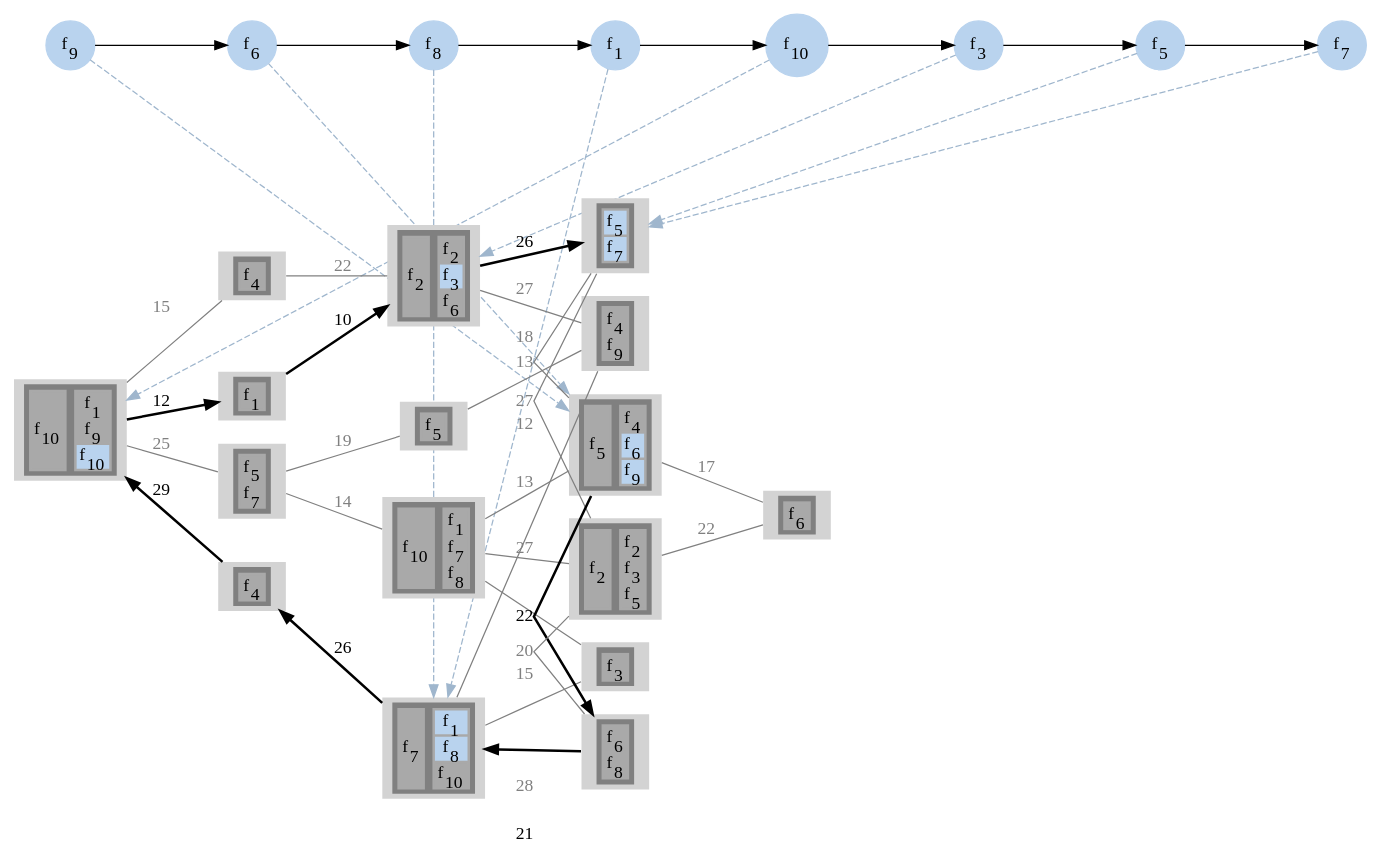
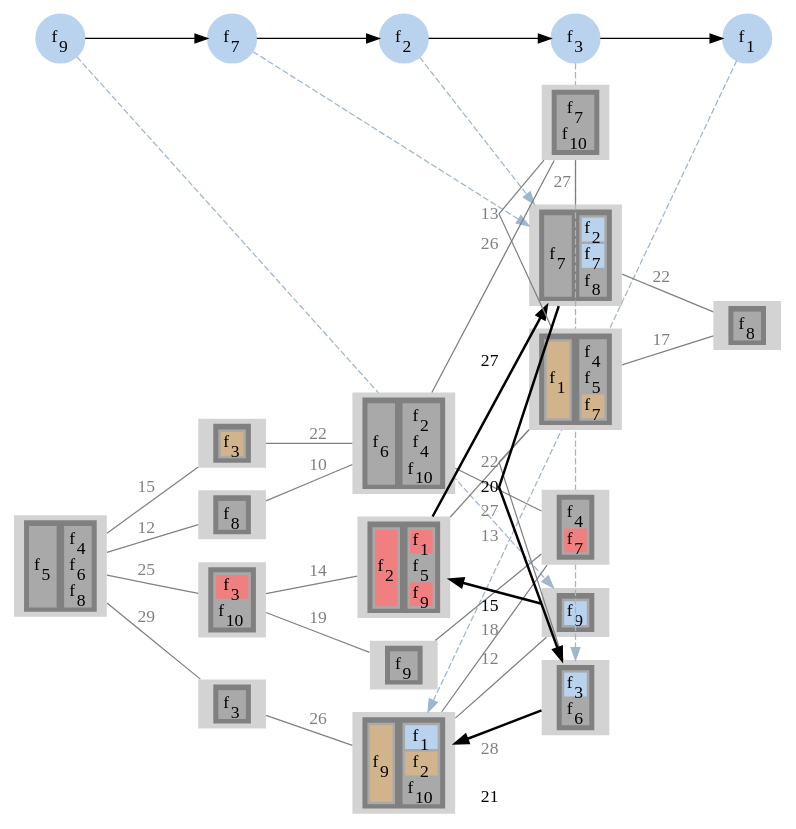
The diagram in output/sevenReliabilityOne/gv/sfcAssgn4.gv (prateekshyap/SFC_Placement_in_VNF), drawn with Graphviz before and after one commit. The commit also changed 80 other files, not shown here.

```diff
--- a/output/sevenReliabilityOne/gv/sfcAssgn4.gv
+++ b/output/sevenReliabilityOne/gv/sfcAssgn4.gv
@@ -6,28 +6,19 @@
 {
 node [shape=circle]
 {rank = same; f9; };
-{rank = same; f6; };
-{rank = same; f8; };
+{rank = same; f7; };
+{rank = same; f2; };
+{rank = same; f3; };
 {rank = same; f1; };
-{rank = same; f10; };
-{rank = same; f3; };
-{rank = same; f5; };
-{rank = same; f7; };
 f9[style=filled label=<f<SUB>9</SUB>> color="slategray2"]
-f6[style=filled label=<f<SUB>6</SUB>> color="slategray2"]
-f8[style=filled label=<f<SUB>8</SUB>> color="slategray2"]
+f7[style=filled label=<f<SUB>7</SUB>> color="slategray2"]
+f2[style=filled label=<f<SUB>2</SUB>> color="slategray2"]
+f3[style=filled label=<f<SUB>3</SUB>> color="slategray2"]
 f1[style=filled label=<f<SUB>1</SUB>> color="slategray2"]
-f10[style=filled label=<f<SUB>10</SUB>> color="slategray2"]
-f3[style=filled label=<f<SUB>3</SUB>> color="slategray2"]
-f5[style=filled label=<f<SUB>5</SUB>> color="slategray2"]
-f7[style=filled label=<f<SUB>7</SUB>> color="slategray2"]
-f9 -> f6
-f6 -> f8
-f8 -> f1
-f1 -> f10
-f10 -> f3
-f3 -> f5
-f5 -> f7
+f9 -> f7
+f7 -> f2
+f2 -> f3
+f3 -> f1
 }
 subgraph network
 {
@@ -37,39 +28,96 @@
 {rank = same; 4; 6; 7; 9; };
 {rank = same; 5; 11; 10; 14; 12; 13; };
 {rank = same; 16; };
-12[style=filled
+10[style=filled
 label=<
 <TABLE BORDER="0" BGCOLOR="gray">
 <TR>
 <TD>
 <TABLE BORDER="0" BGCOLOR="darkgray">
-<TR><TD PORT="f16" BGCOLOR="darkgray">f<SUB>5</SUB></TD></TR>
-</TABLE>
-</TD>
-<TD>
-<TABLE BORDER="0" BGCOLOR="darkgray">
-<TR><TD PORT="f15" BGCOLOR="darkgray">f<SUB>4</SUB></TD></TR>
-<TR><TD PORT="f23" BGCOLOR="slategray2">f<SUB>6</SUB></TD></TR>
-<TR><TD PORT="f32" BGCOLOR="slategray2">f<SUB>9</SUB></TD></TR>
+<TR><TD PORT="f34" BGCOLOR="slategray2">f<SUB>9</SUB></TD></TR>
 </TABLE>
 </TD>
 </TR>
 </TABLE>>]
 
-12[style=filled
+13[style=filled
 label=<
 <TABLE BORDER="0" BGCOLOR="gray">
 <TR>
 <TD>
 <TABLE BORDER="0" BGCOLOR="darkgray">
-<TR><TD PORT="f16" BGCOLOR="darkgray">f<SUB>5</SUB></TD></TR>
+<TR><TD PORT="f22" BGCOLOR="darkgray">f<SUB>7</SUB></TD></TR>
 </TABLE>
 </TD>
 <TD>
 <TABLE BORDER="0" BGCOLOR="darkgray">
-<TR><TD PORT="f15" BGCOLOR="darkgray">f<SUB>4</SUB></TD></TR>
-<TR><TD PORT="f23" BGCOLOR="slategray2">f<SUB>6</SUB></TD></TR>
-<TR><TD PORT="f32" BGCOLOR="slategray2">f<SUB>9</SUB></TD></TR>
+<TR><TD PORT="f7" BGCOLOR="slategray2">f<SUB>2</SUB></TD></TR>
+<TR><TD PORT="f26" BGCOLOR="slategray2">f<SUB>7</SUB></TD></TR>
+<TR><TD PORT="f29" BGCOLOR="darkgray">f<SUB>8</SUB></TD></TR>
+</TABLE>
+</TD>
+</TR>
+</TABLE>>]
+
+13[style=filled
+label=<
+<TABLE BORDER="0" BGCOLOR="gray">
+<TR>
+<TD>
+<TABLE BORDER="0" BGCOLOR="darkgray">
+<TR><TD PORT="f22" BGCOLOR="darkgray">f<SUB>7</SUB></TD></TR>
+</TABLE>
+</TD>
+<TD>
+<TABLE BORDER="0" BGCOLOR="darkgray">
+<TR><TD PORT="f7" BGCOLOR="slategray2">f<SUB>2</SUB></TD></TR>
+<TR><TD PORT="f26" BGCOLOR="slategray2">f<SUB>7</SUB></TD></TR>
+<TR><TD PORT="f29" BGCOLOR="darkgray">f<SUB>8</SUB></TD></TR>
+</TABLE>
+</TD>
+</TR>
+</TABLE>>]
+
+13[style=filled
+label=<
+<TABLE BORDER="0" BGCOLOR="gray">
+<TR>
+<TD>
+<TABLE BORDER="0" BGCOLOR="darkgray">
+<TR><TD PORT="f22" BGCOLOR="darkgray">f<SUB>7</SUB></TD></TR>
+</TABLE>
+</TD>
+<TD>
+<TABLE BORDER="0" BGCOLOR="darkgray">
+<TR><TD PORT="f7" BGCOLOR="slategray2">f<SUB>2</SUB></TD></TR>
+<TR><TD PORT="f26" BGCOLOR="slategray2">f<SUB>7</SUB></TD></TR>
+<TR><TD PORT="f29" BGCOLOR="darkgray">f<SUB>8</SUB></TD></TR>
+</TABLE>
+</TD>
+</TR>
+</TABLE>>]
+
+14[style=filled
+label=<
+<TABLE BORDER="0" BGCOLOR="gray">
+<TR>
+<TD>
+<TABLE BORDER="0" BGCOLOR="darkgray">
+<TR><TD PORT="f9" BGCOLOR="slategray2">f<SUB>3</SUB></TD></TR>
+<TR><TD PORT="f20" BGCOLOR="darkgray">f<SUB>6</SUB></TD></TR>
+</TABLE>
+</TD>
+</TR>
+</TABLE>>]
+
+14[style=filled
+label=<
+<TABLE BORDER="0" BGCOLOR="gray">
+<TR>
+<TD>
+<TABLE BORDER="0" BGCOLOR="darkgray">
+<TR><TD PORT="f9" BGCOLOR="slategray2">f<SUB>3</SUB></TD></TR>
+<TR><TD PORT="f20" BGCOLOR="darkgray">f<SUB>6</SUB></TD></TR>
 </TABLE>
 </TD>
 </TR>
@@ -81,51 +129,13 @@
 <TR>
 <TD>
 <TABLE BORDER="0" BGCOLOR="darkgray">
-<TR><TD PORT="f26" BGCOLOR="darkgray">f<SUB>7</SUB></TD></TR>
+<TR><TD PORT="f32" BGCOLOR="tan">f<SUB>9</SUB></TD></TR>
 </TABLE>
 </TD>
 <TD>
 <TABLE BORDER="0" BGCOLOR="darkgray">
-<TR><TD PORT="f4" BGCOLOR="slategray2">f<SUB>1</SUB></TD></TR>
-<TR><TD PORT="f30" BGCOLOR="slategray2">f<SUB>8</SUB></TD></TR>
-<TR><TD PORT="f36" BGCOLOR="darkgray">f<SUB>10</SUB></TD></TR>
-</TABLE>
-</TD>
-</TR>
-</TABLE>>]
-
-6[style=filled
-label=<
-<TABLE BORDER="0" BGCOLOR="gray">
-<TR>
-<TD>
-<TABLE BORDER="0" BGCOLOR="darkgray">
-<TR><TD PORT="f26" BGCOLOR="darkgray">f<SUB>7</SUB></TD></TR>
-</TABLE>
-</TD>
-<TD>
-<TABLE BORDER="0" BGCOLOR="darkgray">
-<TR><TD PORT="f4" BGCOLOR="slategray2">f<SUB>1</SUB></TD></TR>
-<TR><TD PORT="f30" BGCOLOR="slategray2">f<SUB>8</SUB></TD></TR>
-<TR><TD PORT="f36" BGCOLOR="darkgray">f<SUB>10</SUB></TD></TR>
-</TABLE>
-</TD>
-</TR>
-</TABLE>>]
-
-6[style=filled
-label=<
-<TABLE BORDER="0" BGCOLOR="gray">
-<TR>
-<TD>
-<TABLE BORDER="0" BGCOLOR="darkgray">
-<TR><TD PORT="f26" BGCOLOR="darkgray">f<SUB>7</SUB></TD></TR>
-</TABLE>
-</TD>
-<TD>
-<TABLE BORDER="0" BGCOLOR="darkgray">
-<TR><TD PORT="f4" BGCOLOR="slategray2">f<SUB>1</SUB></TD></TR>
-<TR><TD PORT="f30" BGCOLOR="slategray2">f<SUB>8</SUB></TD></TR>
+<TR><TD PORT="f2" BGCOLOR="slategray2">f<SUB>1</SUB></TD></TR>
+<TR><TD PORT="f6" BGCOLOR="tan">f<SUB>2</SUB></TD></TR>
 <TR><TD PORT="f36" BGCOLOR="darkgray">f<SUB>10</SUB></TD></TR>
 </TABLE>
 </TD>
@@ -138,33 +148,63 @@
 <TR>
 <TD>
 <TABLE BORDER="0" BGCOLOR="darkgray">
-<TR><TD PORT="f37" BGCOLOR="darkgray">f<SUB>10</SUB></TD></TR>
+<TR><TD PORT="f17" BGCOLOR="darkgray">f<SUB>5</SUB></TD></TR>
 </TABLE>
 </TD>
 <TD>
 <TABLE BORDER="0" BGCOLOR="darkgray">
-<TR><TD PORT="f3" BGCOLOR="darkgray">f<SUB>1</SUB></TD></TR>
-<TR><TD PORT="f33" BGCOLOR="darkgray">f<SUB>9</SUB></TD></TR>
-<TR><TD PORT="f38" BGCOLOR="slategray2">f<SUB>10</SUB></TD></TR>
+<TR><TD PORT="f15" BGCOLOR="darkgray">f<SUB>4</SUB></TD></TR>
+<TR><TD PORT="f21" BGCOLOR="darkgray">f<SUB>6</SUB></TD></TR>
+<TR><TD PORT="f27" BGCOLOR="darkgray">f<SUB>8</SUB></TD></TR>
 </TABLE>
 </TD>
 </TR>
 </TABLE>>]
 
-1[style=filled
+2[style=filled
 label=<
 <TABLE BORDER="0" BGCOLOR="gray">
 <TR>
 <TD>
 <TABLE BORDER="0" BGCOLOR="darkgray">
-<TR><TD PORT="f37" BGCOLOR="darkgray">f<SUB>10</SUB></TD></TR>
+<TR><TD PORT="f28" BGCOLOR="darkgray">f<SUB>8</SUB></TD></TR>
 </TABLE>
 </TD>
+</TR>
+</TABLE>>]
+
+3[style=filled
+label=<
+<TABLE BORDER="0" BGCOLOR="gray">
+<TR>
 <TD>
 <TABLE BORDER="0" BGCOLOR="darkgray">
-<TR><TD PORT="f3" BGCOLOR="darkgray">f<SUB>1</SUB></TD></TR>
-<TR><TD PORT="f33" BGCOLOR="darkgray">f<SUB>9</SUB></TD></TR>
-<TR><TD PORT="f38" BGCOLOR="slategray2">f<SUB>10</SUB></TD></TR>
+<TR><TD PORT="f10" BGCOLOR="darkgray">f<SUB>3</SUB></TD></TR>
+</TABLE>
+</TD>
+</TR>
+</TABLE>>]
+
+8[style=filled
+label=<
+<TABLE BORDER="0" BGCOLOR="gray">
+<TR>
+<TD>
+<TABLE BORDER="0" BGCOLOR="darkgray">
+<TR><TD PORT="f8" BGCOLOR="lightcoral">f<SUB>3</SUB></TD></TR>
+<TR><TD PORT="f38" BGCOLOR="darkgray">f<SUB>10</SUB></TD></TR>
+</TABLE>
+</TD>
+</TR>
+</TABLE>>]
+
+15[style=filled
+label=<
+<TABLE BORDER="0" BGCOLOR="gray">
+<TR>
+<TD>
+<TABLE BORDER="0" BGCOLOR="darkgray">
+<TR><TD PORT="f11" BGCOLOR="tan">f<SUB>3</SUB></TD></TR>
 </TABLE>
 </TD>
 </TR>
@@ -176,108 +216,14 @@
 <TR>
 <TD>
 <TABLE BORDER="0" BGCOLOR="darkgray">
-<TR><TD PORT="f6" BGCOLOR="darkgray">f<SUB>2</SUB></TD></TR>
+<TR><TD PORT="f19" BGCOLOR="darkgray">f<SUB>6</SUB></TD></TR>
 </TABLE>
 </TD>
 <TD>
 <TABLE BORDER="0" BGCOLOR="darkgray">
-<TR><TD PORT="f7" BGCOLOR="darkgray">f<SUB>2</SUB></TD></TR>
-<TR><TD PORT="f10" BGCOLOR="slategray2">f<SUB>3</SUB></TD></TR>
-<TR><TD PORT="f22" BGCOLOR="darkgray">f<SUB>6</SUB></TD></TR>
-</TABLE>
-</TD>
-</TR>
-</TABLE>>]
-
-4[style=filled
-label=<
-<TABLE BORDER="0" BGCOLOR="gray">
-<TR>
-<TD>
-<TABLE BORDER="0" BGCOLOR="darkgray">
-<TR><TD PORT="f6" BGCOLOR="darkgray">f<SUB>2</SUB></TD></TR>
-</TABLE>
-</TD>
-<TD>
-<TABLE BORDER="0" BGCOLOR="darkgray">
-<TR><TD PORT="f7" BGCOLOR="darkgray">f<SUB>2</SUB></TD></TR>
-<TR><TD PORT="f10" BGCOLOR="slategray2">f<SUB>3</SUB></TD></TR>
-<TR><TD PORT="f22" BGCOLOR="darkgray">f<SUB>6</SUB></TD></TR>
-</TABLE>
-</TD>
-</TR>
-</TABLE>>]
-
-11[style=filled
-label=<
-<TABLE BORDER="0" BGCOLOR="gray">
-<TR>
-<TD>
-<TABLE BORDER="0" BGCOLOR="darkgray">
-<TR><TD PORT="f17" BGCOLOR="slategray2">f<SUB>5</SUB></TD></TR>
-<TR><TD PORT="f27" BGCOLOR="slategray2">f<SUB>7</SUB></TD></TR>
-</TABLE>
-</TD>
-</TR>
-</TABLE>>]
-
-11[style=filled
-label=<
-<TABLE BORDER="0" BGCOLOR="gray">
-<TR>
-<TD>
-<TABLE BORDER="0" BGCOLOR="darkgray">
-<TR><TD PORT="f17" BGCOLOR="slategray2">f<SUB>5</SUB></TD></TR>
-<TR><TD PORT="f27" BGCOLOR="slategray2">f<SUB>7</SUB></TD></TR>
-</TABLE>
-</TD>
-</TR>
-</TABLE>>]
-
-2[style=filled
-label=<
-<TABLE BORDER="0" BGCOLOR="gray">
-<TR>
-<TD>
-<TABLE BORDER="0" BGCOLOR="darkgray">
-<TR><TD PORT="f2" BGCOLOR="darkgray">f<SUB>1</SUB></TD></TR>
-</TABLE>
-</TD>
-</TR>
-</TABLE>>]
-
-3[style=filled
-label=<
-<TABLE BORDER="0" BGCOLOR="gray">
-<TR>
-<TD>
-<TABLE BORDER="0" BGCOLOR="darkgray">
-<TR><TD PORT="f12" BGCOLOR="darkgray">f<SUB>4</SUB></TD></TR>
-</TABLE>
-</TD>
-</TR>
-</TABLE>>]
-
-8[style=filled
-label=<
-<TABLE BORDER="0" BGCOLOR="gray">
-<TR>
-<TD>
-<TABLE BORDER="0" BGCOLOR="darkgray">
-<TR><TD PORT="f18" BGCOLOR="darkgray">f<SUB>5</SUB></TD></TR>
-<TR><TD PORT="f28" BGCOLOR="darkgray">f<SUB>7</SUB></TD></TR>
-</TABLE>
-</TD>
-</TR>
-</TABLE>>]
-
-15[style=filled
-label=<
-<TABLE BORDER="0" BGCOLOR="gray">
-<TR>
-<TD>
-<TABLE BORDER="0" BGCOLOR="darkgray">
+<TR><TD PORT="f4" BGCOLOR="darkgray">f<SUB>2</SUB></TD></TR>
 <TR><TD PORT="f13" BGCOLOR="darkgray">f<SUB>4</SUB></TD></TR>
+<TR><TD PORT="f37" BGCOLOR="darkgray">f<SUB>10</SUB></TD></TR>
 </TABLE>
 </TD>
 </TR>
@@ -290,7 +236,20 @@
 <TD>
 <TABLE BORDER="0" BGCOLOR="darkgray">
 <TR><TD PORT="f14" BGCOLOR="darkgray">f<SUB>4</SUB></TD></TR>
-<TR><TD PORT="f34" BGCOLOR="darkgray">f<SUB>9</SUB></TD></TR>
+<TR><TD PORT="f24" BGCOLOR="lightcoral">f<SUB>7</SUB></TD></TR>
+</TABLE>
+</TD>
+</TR>
+</TABLE>>]
+
+11[style=filled
+label=<
+<TABLE BORDER="0" BGCOLOR="gray">
+<TR>
+<TD>
+<TABLE BORDER="0" BGCOLOR="darkgray">
+<TR><TD PORT="f25" BGCOLOR="darkgray">f<SUB>7</SUB></TD></TR>
+<TR><TD PORT="f35" BGCOLOR="darkgray">f<SUB>10</SUB></TD></TR>
 </TABLE>
 </TD>
 </TR>
@@ -302,32 +261,7 @@
 <TR>
 <TD>
 <TABLE BORDER="0" BGCOLOR="darkgray">
-<TR><TD PORT="f19" BGCOLOR="darkgray">f<SUB>5</SUB></TD></TR>
-</TABLE>
-</TD>
-</TR>
-</TABLE>>]
-
-10[style=filled
-label=<
-<TABLE BORDER="0" BGCOLOR="gray">
-<TR>
-<TD>
-<TABLE BORDER="0" BGCOLOR="darkgray">
-<TR><TD PORT="f9" BGCOLOR="darkgray">f<SUB>3</SUB></TD></TR>
-</TABLE>
-</TD>
-</TR>
-</TABLE>>]
-
-14[style=filled
-label=<
-<TABLE BORDER="0" BGCOLOR="gray">
-<TR>
-<TD>
-<TABLE BORDER="0" BGCOLOR="darkgray">
-<TR><TD PORT="f21" BGCOLOR="darkgray">f<SUB>6</SUB></TD></TR>
-<TR><TD PORT="f31" BGCOLOR="darkgray">f<SUB>8</SUB></TD></TR>
+<TR><TD PORT="f31" BGCOLOR="darkgray">f<SUB>9</SUB></TD></TR>
 </TABLE>
 </TD>
 </TR>
@@ -339,33 +273,33 @@
 <TR>
 <TD>
 <TABLE BORDER="0" BGCOLOR="darkgray">
-<TR><TD PORT="f35" BGCOLOR="darkgray">f<SUB>10</SUB></TD></TR>
+<TR><TD PORT="f5" BGCOLOR="lightcoral">f<SUB>2</SUB></TD></TR>
 </TABLE>
 </TD>
 <TD>
 <TABLE BORDER="0" BGCOLOR="darkgray">
-<TR><TD PORT="f1" BGCOLOR="darkgray">f<SUB>1</SUB></TD></TR>
-<TR><TD PORT="f25" BGCOLOR="darkgray">f<SUB>7</SUB></TD></TR>
-<TR><TD PORT="f29" BGCOLOR="darkgray">f<SUB>8</SUB></TD></TR>
+<TR><TD PORT="f3" BGCOLOR="lightcoral">f<SUB>1</SUB></TD></TR>
+<TR><TD PORT="f18" BGCOLOR="darkgray">f<SUB>5</SUB></TD></TR>
+<TR><TD PORT="f33" BGCOLOR="lightcoral">f<SUB>9</SUB></TD></TR>
 </TABLE>
 </TD>
 </TR>
 </TABLE>>]
 
-13[style=filled
+12[style=filled
 label=<
 <TABLE BORDER="0" BGCOLOR="gray">
 <TR>
 <TD>
 <TABLE BORDER="0" BGCOLOR="darkgray">
-<TR><TD PORT="f5" BGCOLOR="darkgray">f<SUB>2</SUB></TD></TR>
+<TR><TD PORT="f1" BGCOLOR="tan">f<SUB>1</SUB></TD></TR>
 </TABLE>
 </TD>
 <TD>
 <TABLE BORDER="0" BGCOLOR="darkgray">
-<TR><TD PORT="f8" BGCOLOR="darkgray">f<SUB>2</SUB></TD></TR>
-<TR><TD PORT="f11" BGCOLOR="darkgray">f<SUB>3</SUB></TD></TR>
-<TR><TD PORT="f20" BGCOLOR="darkgray">f<SUB>5</SUB></TD></TR>
+<TR><TD PORT="f12" BGCOLOR="darkgray">f<SUB>4</SUB></TD></TR>
+<TR><TD PORT="f16" BGCOLOR="darkgray">f<SUB>5</SUB></TD></TR>
+<TR><TD PORT="f23" BGCOLOR="tan">f<SUB>7</SUB></TD></TR>
 </TABLE>
 </TD>
 </TR>
@@ -377,44 +311,41 @@
 <TR>
 <TD>
 <TABLE BORDER="0" BGCOLOR="darkgray">
-<TR><TD PORT="f24" BGCOLOR="darkgray">f<SUB>6</SUB></TD></TR>
+<TR><TD PORT="f30" BGCOLOR="darkgray">f<SUB>8</SUB></TD></TR>
 </TABLE>
 </TD>
 </TR>
 </TABLE>>]
 
-12 -> 14[label="22" color="black" penwidth=2]
+10 -> 9[label="15" color="black" penwidth=2]
+9 -> 13[label="27" color="black" penwidth=2]
+13 -> 14[label="20" color="black" penwidth=2]
 14 -> 6[label="21" color="black" penwidth=2]
-6 -> 3[label="26" color="black" penwidth=2]
-3 -> 1[label="29" color="black" penwidth=2]
-1 -> 2[label="12" color="black" penwidth=2]
-2 -> 4[label="10" color="black" penwidth=2]
-4 -> 11[label="26" color="black" penwidth=2]
+1 -> 2[label="12" color="gray" fontcolor="gray" dir = none]
+1 -> 3[label="29" color="gray" fontcolor="gray" dir = none]
 1 -> 8[label="25" color="gray" fontcolor="gray" dir = none]
 1 -> 15[label="15" color="gray" fontcolor="gray" dir = none]
+2 -> 4[label="10" color="gray" fontcolor="gray" dir = none]
+3 -> 6[label="26" color="gray" fontcolor="gray" dir = none]
 4 -> 5[label="27" color="gray" fontcolor="gray" dir = none]
+4 -> 11[label="26" color="gray" fontcolor="gray" dir = none]
 4 -> 15[label="22" color="gray" fontcolor="gray" dir = none]
 5 -> 6[label="12" color="gray" fontcolor="gray" dir = none]
 5 -> 7[label="18" color="gray" fontcolor="gray" dir = none]
 6 -> 10[label="28" color="gray" fontcolor="gray" dir = none]
 7 -> 8[label="19" color="gray" fontcolor="gray" dir = none]
 8 -> 9[label="14" color="gray" fontcolor="gray" dir = none]
-9 -> 10[label="15" color="gray" fontcolor="gray" dir = none]
 9 -> 12[label="13" color="gray" fontcolor="gray" dir = none]
-9 -> 13[label="27" color="gray" fontcolor="gray" dir = none]
 11 -> 12[label="13" color="gray" fontcolor="gray" dir = none]
 11 -> 13[label="27" color="gray" fontcolor="gray" dir = none]
+12 -> 14[label="22" color="gray" fontcolor="gray" dir = none]
 12 -> 16[label="17" color="gray" fontcolor="gray" dir = none]
-13 -> 14[label="20" color="gray" fontcolor="gray" dir = none]
 13 -> 16[label="22" color="gray" fontcolor="gray" dir = none]
 }
 splines=false
-f9 -> 12[color="slategray3" style=dashed constraint=false]
-f6 -> 12[color="slategray3" style=dashed constraint=false]
-f8 -> 6[color="slategray3" style=dashed constraint=false]
+f9 -> 10[color="slategray3" style=dashed constraint=false]
+f7 -> 13[color="slategray3" style=dashed constraint=false]
+f2 -> 13[color="slategray3" style=dashed constraint=false]
+f3 -> 14[color="slategray3" style=dashed constraint=false]
 f1 -> 6[color="slategray3" style=dashed constraint=false]
-f10 -> 1[color="slategray3" style=dashed constraint=false]
-f3 -> 4[color="slategray3" style=dashed constraint=false]
-f5 -> 11[color="slategray3" style=dashed constraint=false]
-f7 -> 11[color="slategray3" style=dashed constraint=false]
 }
```
